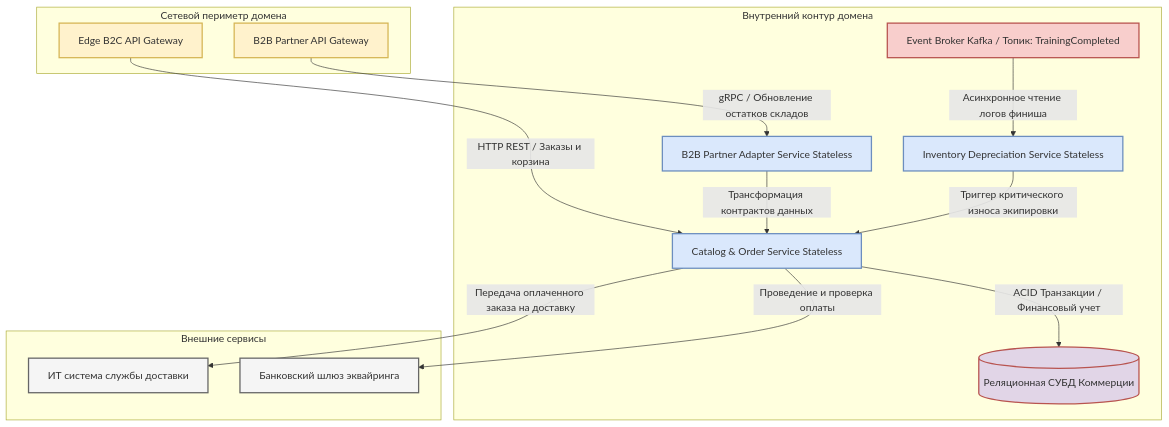
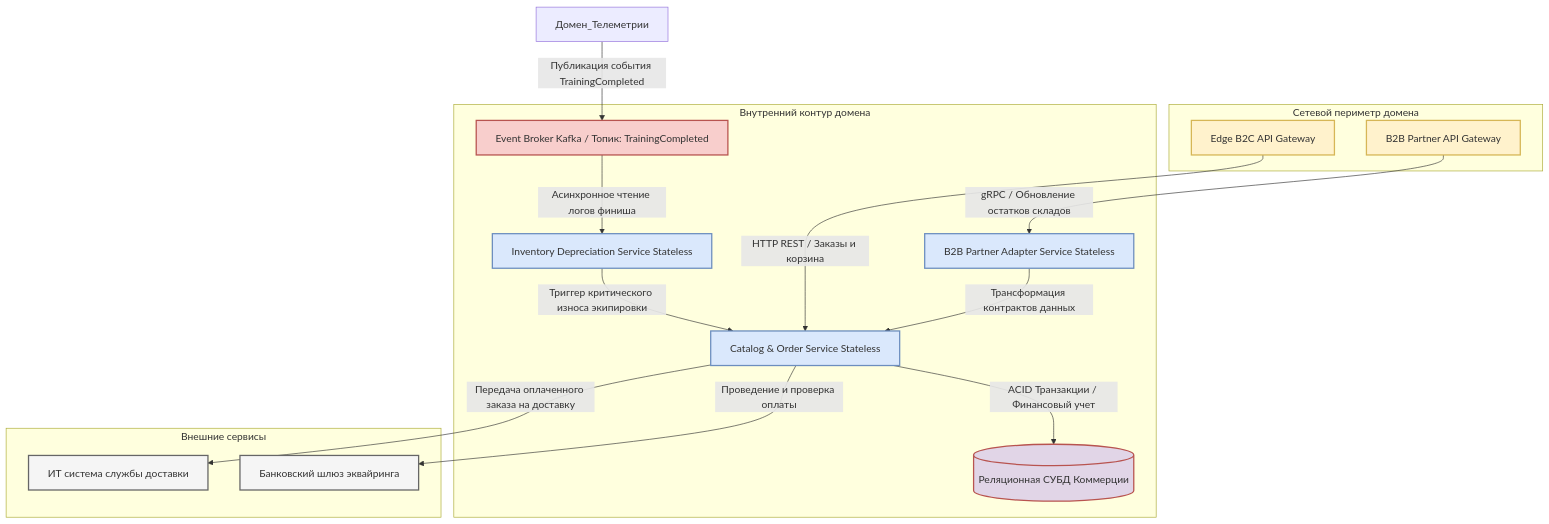
The second of 5 diagrams in stage-2-planning/13-component-architecture.md (Maksim-Burning-Inside/Sports-app-architecture), drawn with Mermaid before and after one commit. The commit also changed other lines of this file, not shown here.

````diff
--- a/stage-2-planning/13-component-architecture.md
+++ b/stage-2-planning/13-component-architecture.md
@@ -73,40 +73,44 @@
 ```mermaid
 %%{init: {"flowchart": {"htmlLabels": true, "wrappingWidth": 500}, "themeCSS": ".edgeLabel foreignObject { overflow: visible; !important } .edgeLabel span { white-space: normal; !important; display: block; max-width: 500px; }"}}%%
 graph TD
     %% Описание стилей для красивого отображения
     classDef perimeter fill:#fff2cc,stroke:#d6b656,stroke-width:2px;
     classDef internal fill:#dae8fc,stroke:#6c8ebf,stroke-width:2px;
     classDef db fill:#e1d5e7,stroke:#b85450,stroke-width:2px;
     classDef queue fill:#f8cecc,stroke:#b85450,stroke-width:2px;
     classDef external fill:#f5f5f5,stroke:#666666,stroke-width:2px;
 
     subgraph Сетевой периметр домена
         B1[Edge B2C API Gateway]:::perimeter
         B2[B2B Partner API Gateway]:::perimeter
     end
 
     subgraph Внутренний контур домена
         C1[Catalog & Order Service Stateless]:::internal
         C2[Inventory Depreciation Service Stateless]:::internal
         C3[B2B Partner Adapter Service Stateless]:::internal
         D1[Event Broker Kafka / Топик: TrainingCompleted]:::queue
         F1[(Реляционная СУБД Коммерции)]:::db
     end
 
     subgraph Внешние сервисы
         E1[Банковский шлюз эквайринга]:::external
         E2[ИТ система службы доставки]:::external
     end
 
     %% Взаимодействие компонентов и движение трафика
     B1 -->|HTTP REST / Заказы и корзина| C1
     D1 -->|Асинхронное чтение логов финиша| C2
     C2 -->|Триггер критического износа экипировки| C1
     B2 -->|gRPC / Обновление остатков складов| C3
     C3 -->|Трансформация контрактов данных| C1
     C1 -->|ACID Транзакции / Финансовый учет| F1
     
     %% Новые интеграционные связи с внешним миром
     C1 -->|Проведение и проверка оплаты| E1
     C1 -->|Передача оплаченного заказа на доставку| E2
+
+    %% Входящий поток из внешнего домена телеметрии
+    Домен_Телеметрии -->|Публикация события TrainingCompleted| D1
+
 ```
````
